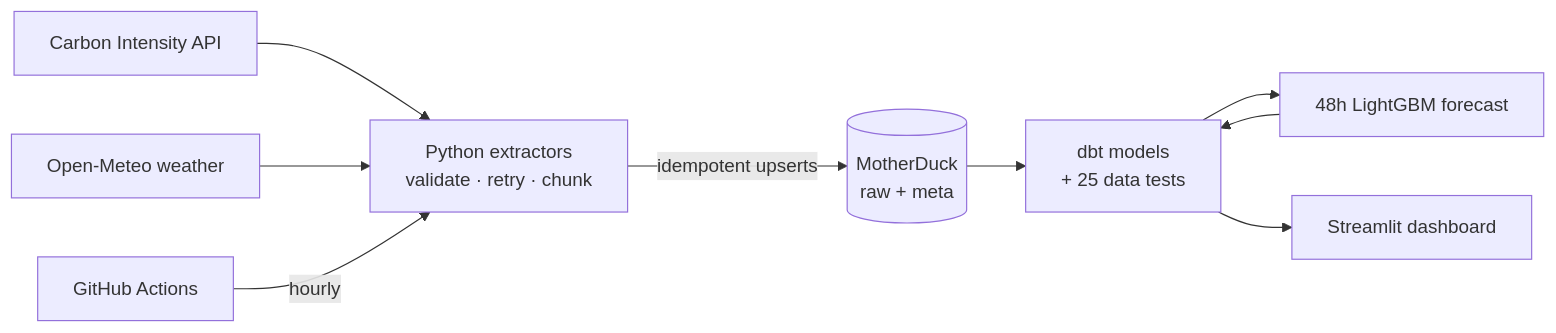
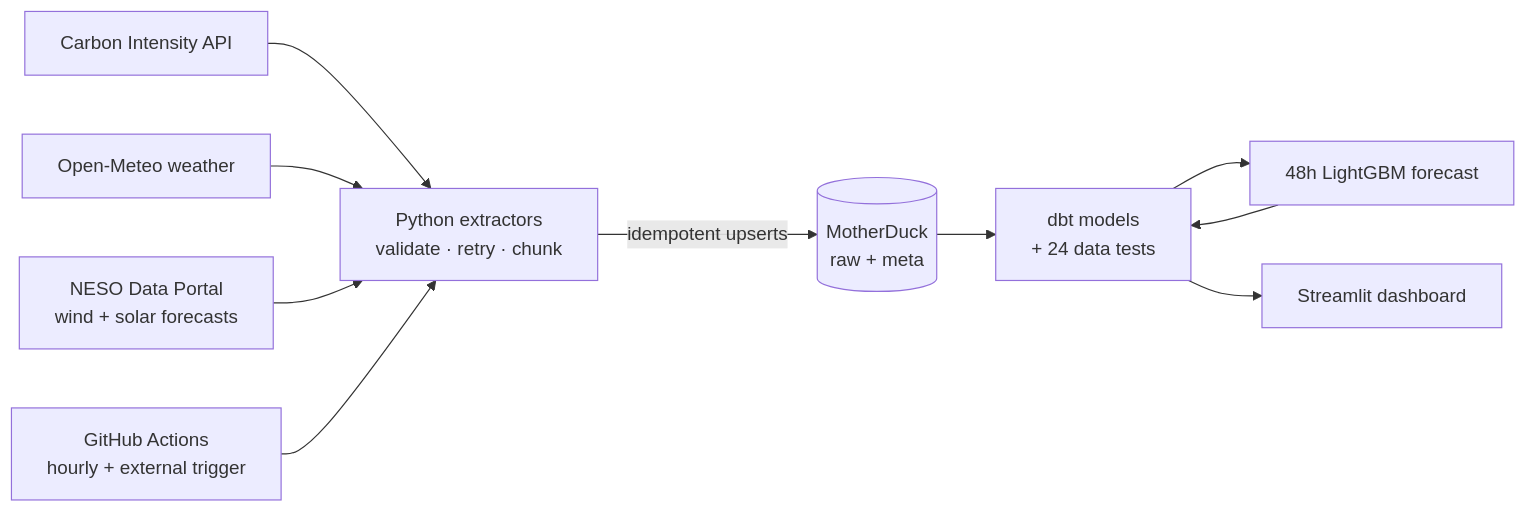
One commit to p3rpetualpanda/gb-grid-carbon changed the diagram in README.md. Above: the diagram before and after it, drawn with Mermaid. The commit also changed other lines of this file and 4 other files, not shown here.

First line of the commit message:
Docs: progress for 18 Oct (NESO forecasts, dashboard, schedule)

````diff
--- a/README.md
+++ b/README.md
@@ -15,11 +15,12 @@
 ```mermaid
 flowchart LR
   A[Carbon Intensity API] --> E[Python extractors<br/>validate · retry · chunk]
   B[Open-Meteo weather] --> E
+  C[NESO Data Portal<br/>wind + solar forecasts] --> E
   E -->|idempotent upserts| R[(MotherDuck<br/>raw + meta)]
-  R --> D[dbt models<br/>+ 25 data tests]
+  R --> D[dbt models<br/>+ 24 data tests]
   D --> F[48h LightGBM forecast]
   F --> D
   D --> S[Streamlit dashboard]
-  G[GitHub Actions] -->|hourly| E
+  G[GitHub Actions<br/>hourly + external trigger] --> E
 ```
````
